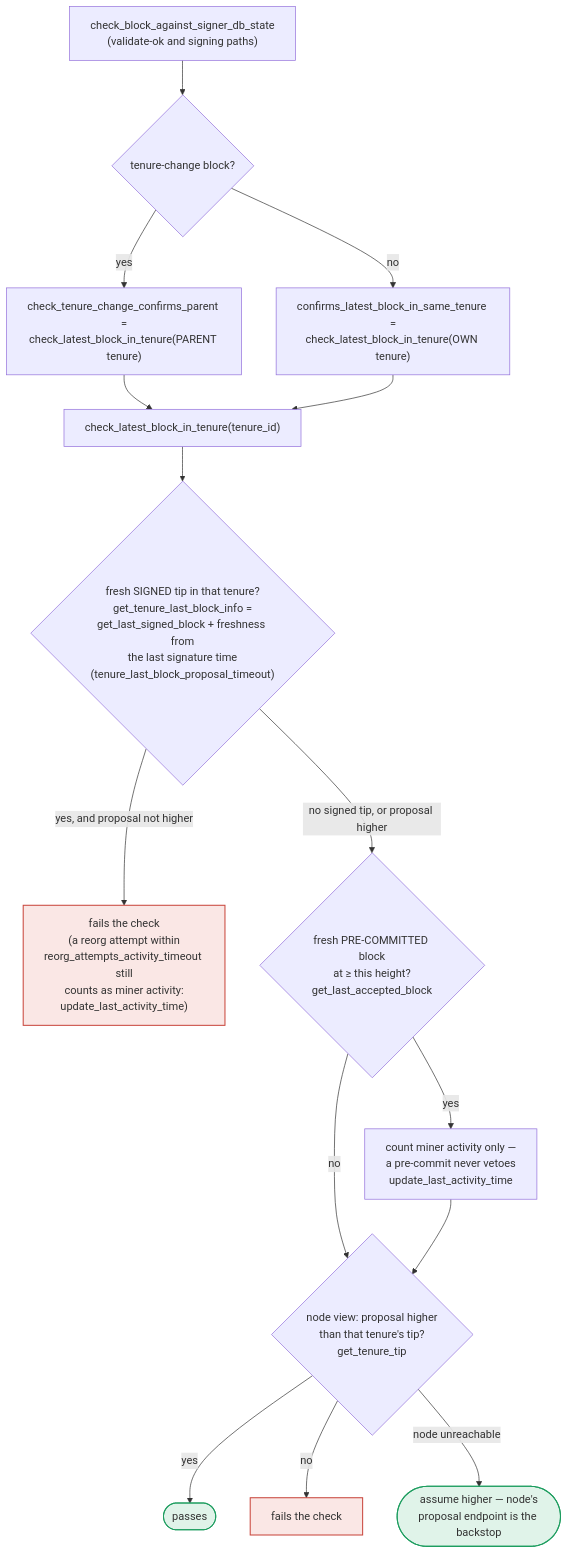
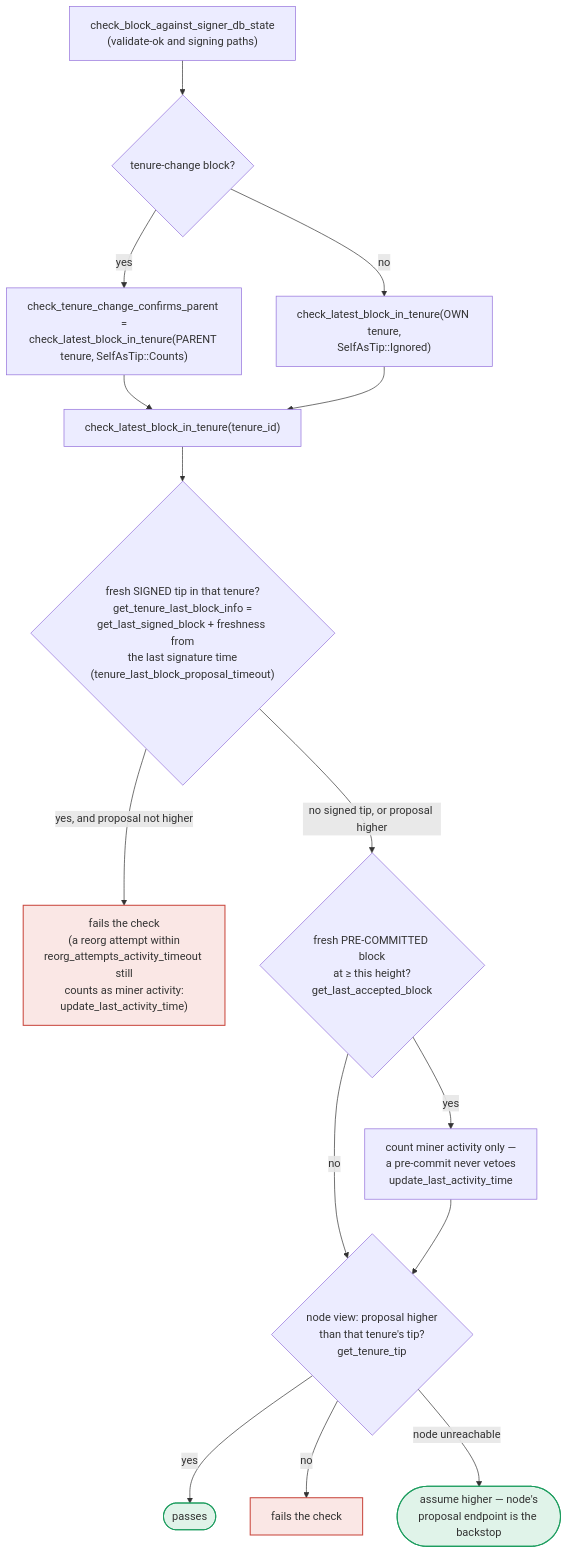
One commit to stacks-network/stacks-core changed the eighth of 9 diagrams in docs/signer-flows.md. Above: the diagram before and after it, drawn with Mermaid. The commit also changed other lines of this file and 8 other files, not shown here.

````diff
--- a/docs/signer-flows.md
+++ b/docs/signer-flows.md
@@ -400,19 +446,19 @@
 ```mermaid
 flowchart TB
     IN["check_block_against_signer_db_state<br/>(validate-ok and signing paths)"] --> TC{"tenure-change block?"}
-    TC -- yes --> PARENT["check_tenure_change_confirms_parent =<br/>check_latest_block_in_tenure(PARENT tenure)"]
-    TC -- no --> SAME["confirms_latest_block_in_same_tenure =<br/>check_latest_block_in_tenure(OWN tenure)"]
+    TC -- yes --> PARENT["check_tenure_change_confirms_parent =<br/>check_latest_block_in_tenure(PARENT tenure, SelfAsTip::Counts)"]
+    TC -- no --> SAME["check_latest_block_in_tenure(OWN tenure,<br/>SelfAsTip::Ignored)"]
     PARENT --> CLB
     SAME --> CLB["check_latest_block_in_tenure(tenure_id)"]
     CLB --> LSB{"fresh SIGNED tip in that tenure?<br/>get_tenure_last_block_info =<br/>get_last_signed_block + freshness from<br/>the last signature time<br/>(tenure_last_block_proposal_timeout)"}
     LSB -- "yes, and proposal not higher" --> RA["fails the check<br/>(a reorg attempt within<br/>reorg_attempts_activity_timeout still<br/>counts as miner activity:<br/>update_last_activity_time)"]:::bad
     LSB -- "no signed tip, or proposal higher" --> CARVE{"fresh PRE-COMMITTED block<br/>at ≥ this height?<br/>get_last_accepted_block"}
     CARVE -- yes --> ACT["count miner activity only —<br/>a pre-commit never vetoes<br/>update_last_activity_time"]
     CARVE -- no --> NODE
     ACT --> NODE{"node view: proposal higher<br/>than that tenure's tip?<br/>get_tenure_tip"}
     NODE -- yes --> OK(["passes"]):::good
     NODE -- no --> RB["fails the check"]:::bad
     NODE -- "node unreachable" --> OK2(["assume higher — node's<br/>proposal endpoint is the backstop"]):::good
     classDef good fill:#17a45c22,stroke:#1d9d5f,stroke-width:1.5px;
     classDef bad fill:#d84a3f22,stroke:#c9473d,stroke-width:1.5px;
 ```
````
